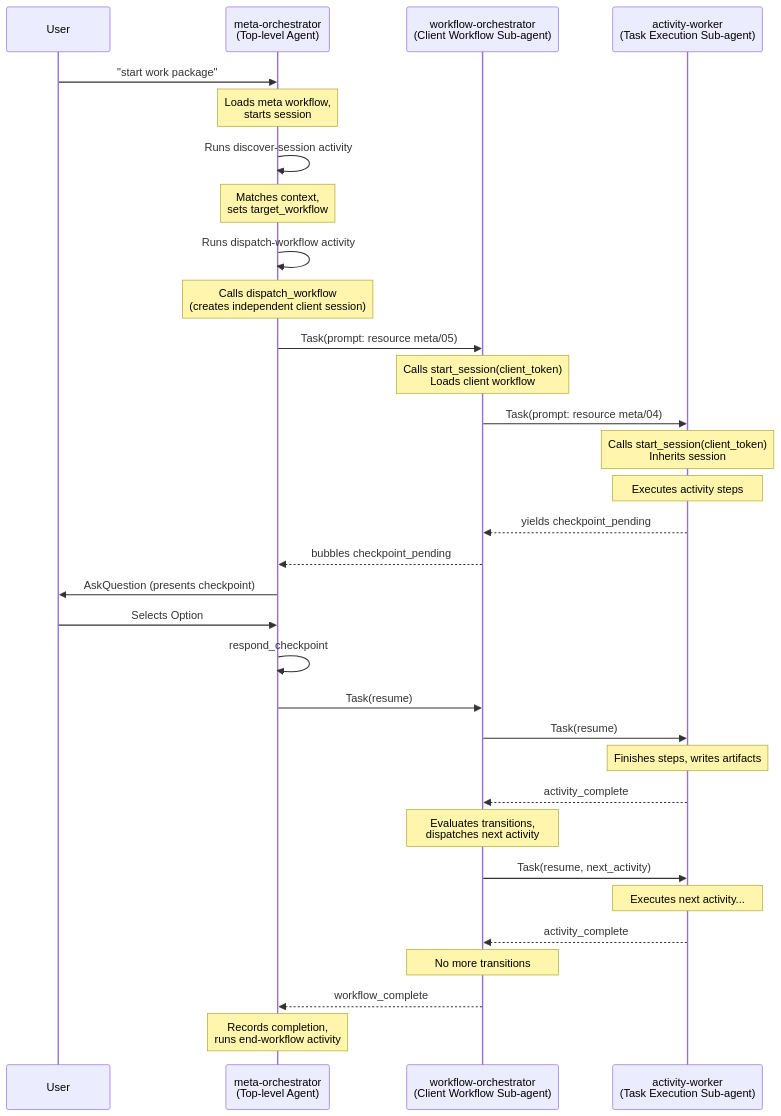
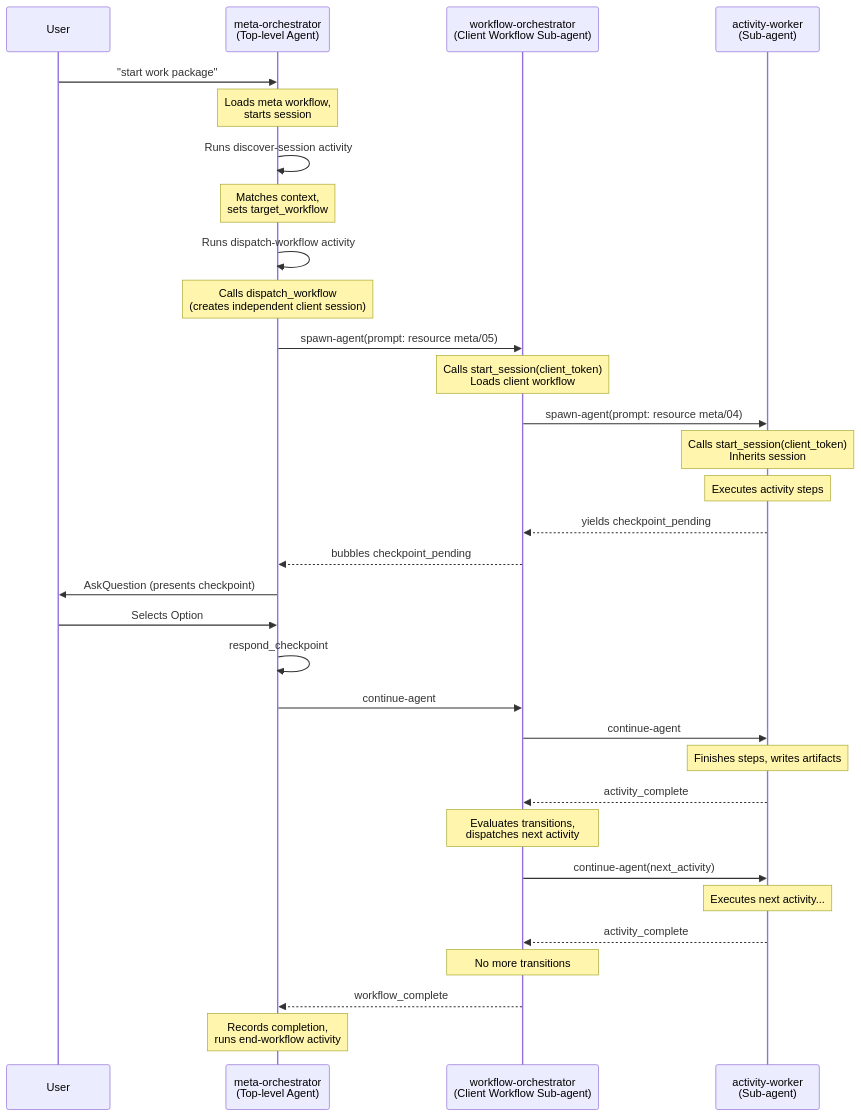
One commit to m2ux/workflow-server changed the first of 5 diagrams in meta/README.md. Above: the diagram before and after it, drawn with Mermaid. The commit also changed 20 other files, not shown here.

````diff
--- a/meta/README.md
+++ b/meta/README.md
@@ -18,45 +18,45 @@
 ```mermaid
 sequenceDiagram
     participant User
     participant Meta as meta-orchestrator<br/>(Top-level Agent)
     participant Client as workflow-orchestrator<br/>(Client Workflow Sub-agent)
-    participant Worker as activity-worker<br/>(Task Execution Sub-agent)
+    participant Worker as activity-worker<br/>(Sub-agent)
 
     User->>Meta: "start work package"
     Note over Meta: Loads meta workflow,<br/>starts session
     Meta->>Meta: Runs discover-session activity
     Note over Meta: Matches context,<br/>sets target_workflow
     Meta->>Meta: Runs dispatch-workflow activity
 
     Note over Meta: Calls dispatch_workflow<br/>(creates independent client session)
-    Meta->>Client: Task(prompt: resource meta/05)
+    Meta->>Client: spawn-agent(prompt: resource meta/05)
 
     Note over Client: Calls start_session(client_token)<br/>Loads client workflow
     
-    Client->>Worker: Task(prompt: resource meta/04)
+    Client->>Worker: spawn-agent(prompt: resource meta/04)
     Note over Worker: Calls start_session(client_token)<br/>Inherits session
     
     Note over Worker: Executes activity steps
 
     Worker-->>Client: yields checkpoint_pending
     Client-->>Meta: bubbles checkpoint_pending
     Meta->>User: AskQuestion (presents checkpoint)
     User->>Meta: Selects Option
     Meta->>Meta: respond_checkpoint
     
-    Meta->>Client: Task(resume)
-    Client->>Worker: Task(resume)
+    Meta->>Client: continue-agent
+    Client->>Worker: continue-agent
     
     Note over Worker: Finishes steps, writes artifacts
     Worker-->>Client: activity_complete
 
     Note over Client: Evaluates transitions,<br/>dispatches next activity
     
-    Client->>Worker: Task(resume, next_activity)
+    Client->>Worker: continue-agent(next_activity)
     Note over Worker: Executes next activity...
     Worker-->>Client: activity_complete
     
     Note over Client: No more transitions
     Client-->>Meta: workflow_complete
     Note over Meta: Records completion,<br/>runs end-workflow activity
 ```
````
